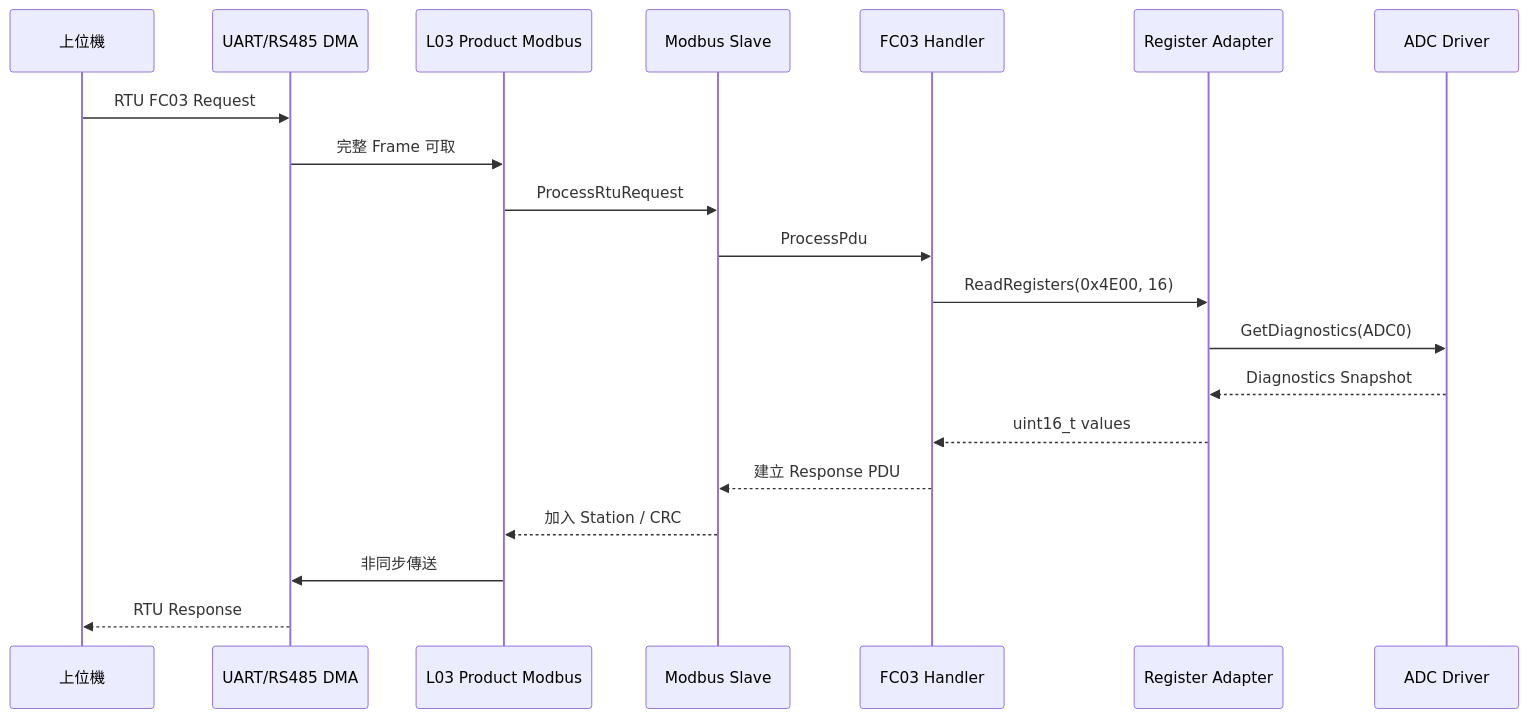
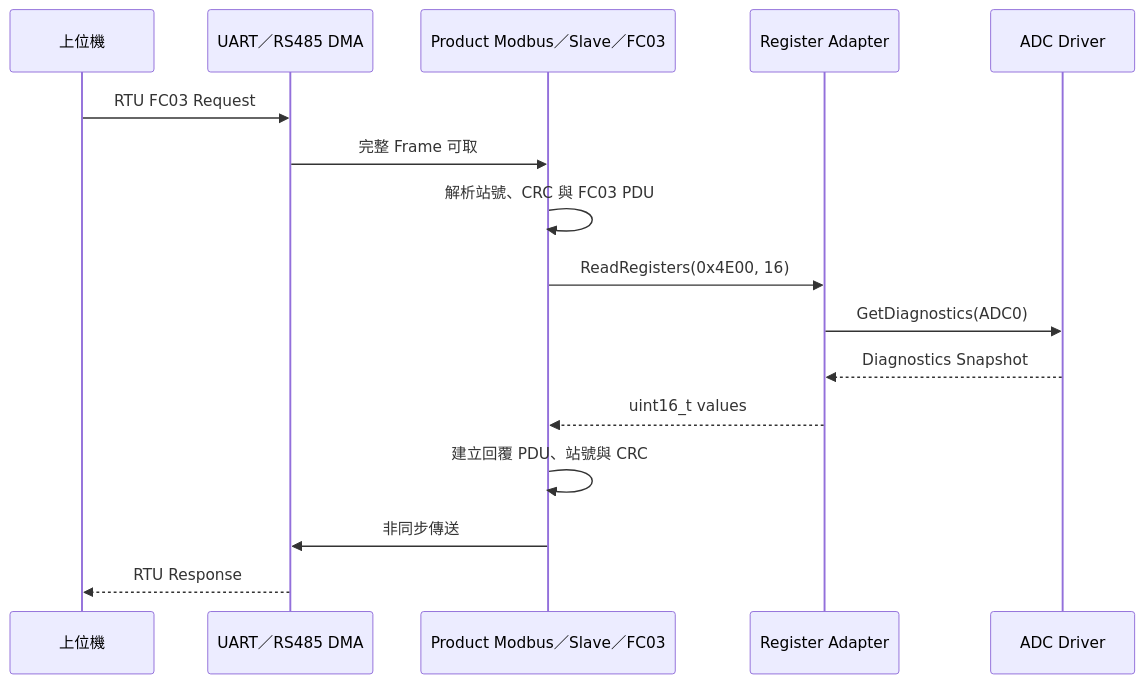
Before and after one commit to ch7lin-cyber/myNXPs16_Prj: the second of 4 diagrams in _Product/Docs/功能類/RegisterMapToUartFlow.md, drawn with Mermaid. The commit also changed other lines of this file and 10 other files, not shown here.

First line of the commit message:
補充功能文件的架構與流程圖

````diff
--- a/_Product/Docs/功能類/RegisterMapToUartFlow.md
+++ b/_Product/Docs/功能類/RegisterMapToUartFlow.md
@@ -187,23 +187,18 @@
 ```mermaid
 sequenceDiagram
     participant PC as 上位機
-    participant DMA as UART/RS485 DMA
-    participant L03 as L03 Product Modbus
-    participant Slave as Modbus Slave
-    participant FC03 as FC03 Handler
+    participant DMA as UART／RS485 DMA
+    participant Protocol as Product Modbus／Slave／FC03
     participant Map as Register Adapter
     participant ADC as ADC Driver
-
     PC->>DMA: RTU FC03 Request
-    DMA->>L03: 完整 Frame 可取
-    L03->>Slave: ProcessRtuRequest
-    Slave->>FC03: ProcessPdu
-    FC03->>Map: ReadRegisters(0x4E00, 16)
+    DMA->>Protocol: 完整 Frame 可取
+    Protocol->>Protocol: 解析站號、CRC 與 FC03 PDU
+    Protocol->>Map: ReadRegisters(0x4E00, 16)
     Map->>ADC: GetDiagnostics(ADC0)
     ADC-->>Map: Diagnostics Snapshot
-    Map-->>FC03: uint16_t values
-    FC03-->>Slave: 建立 Response PDU
-    Slave-->>L03: 加入 Station / CRC
-    L03->>DMA: 非同步傳送
+    Map-->>Protocol: uint16_t values
+    Protocol->>Protocol: 建立回覆 PDU、站號與 CRC
+    Protocol->>DMA: 非同步傳送
     DMA-->>PC: RTU Response
 ```
````
